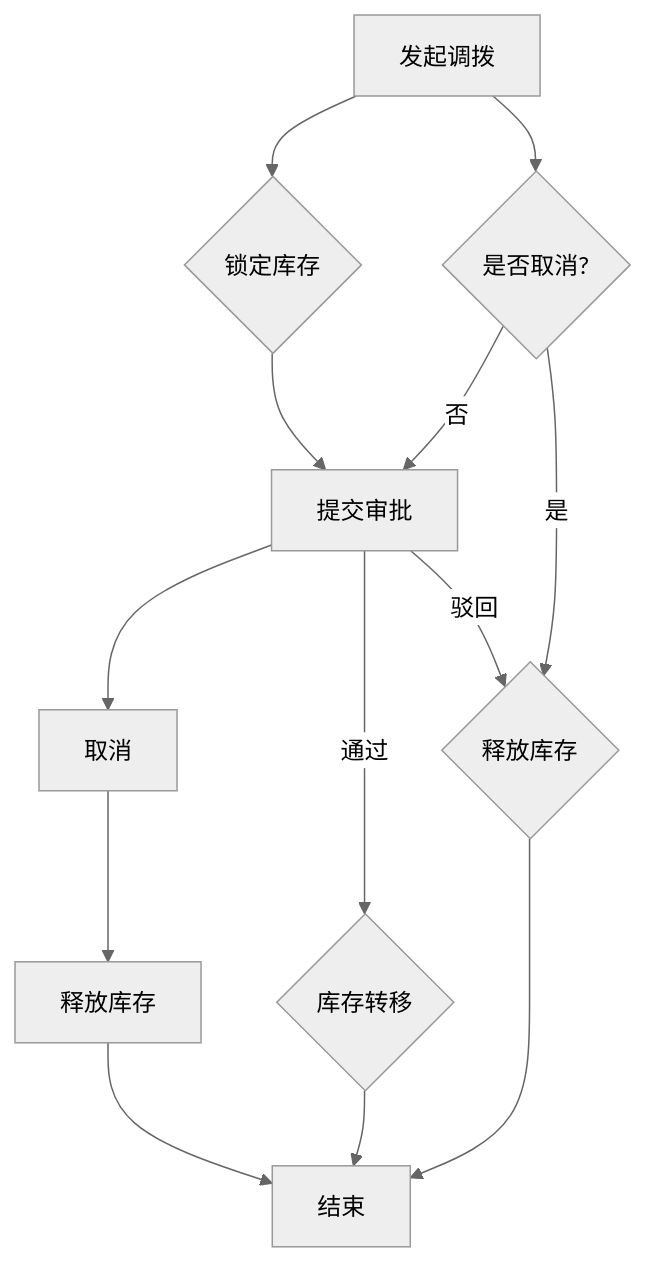
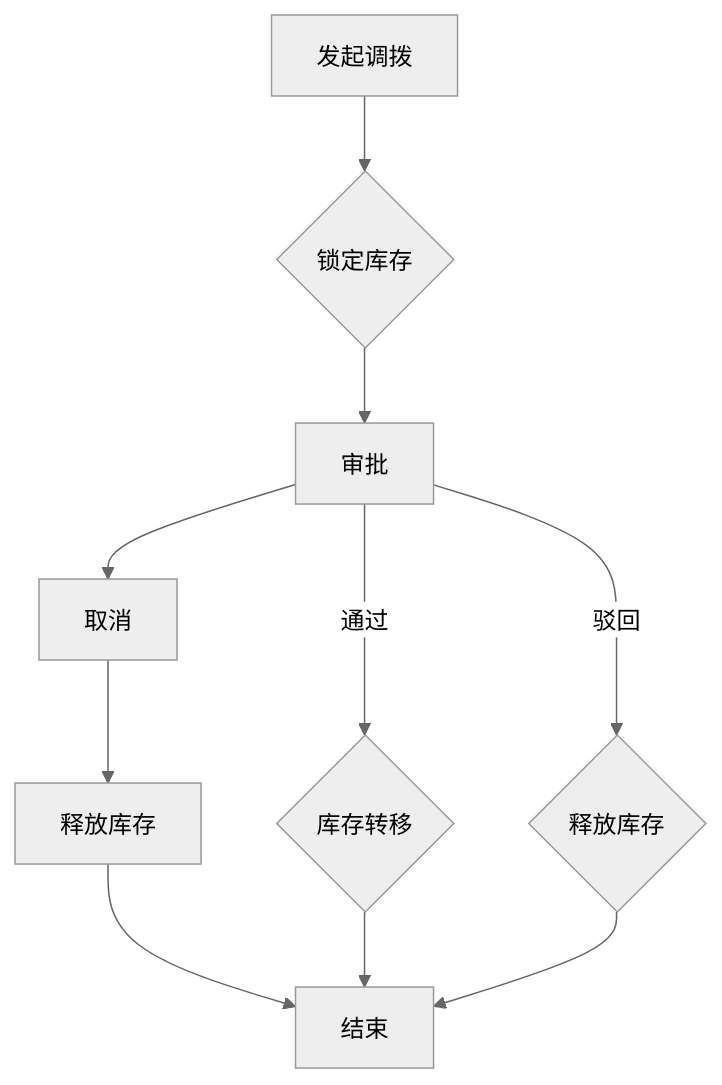
One commit to 1191232345/Axure_ELSA changed the second of 4 diagrams in 虚拟仓/prd.md. Above: the diagram before and after it, drawn with Mermaid (neutral theme).

Commit message:
docs(产品文档): 简化调拨流程图的审批节点描述并移除冗余取消流程

````diff
--- a/虚拟仓/prd.md
+++ b/虚拟仓/prd.md
@@ -61,18 +61,14 @@
 ```mermaid
 graph TD
     A["发起调拨"] --> B{"锁定库存"}
-    B --> C["提交审批"]
+    B --> C["审批"]
     C --> D["取消"]
     C --> |"通过"| E{"库存转移"}
     C --> |"驳回"| F{"释放库存"}
     D --> G["释放库存"]
     G --> I["结束"]
     E --> I["结束"]
     F --> I["结束"]
  
-    
-    %% 取消流程
-    A --> K{"是否取消?"}
-    K -->|"是"| F
-    K -->|"否"| C
+
 ```
````
